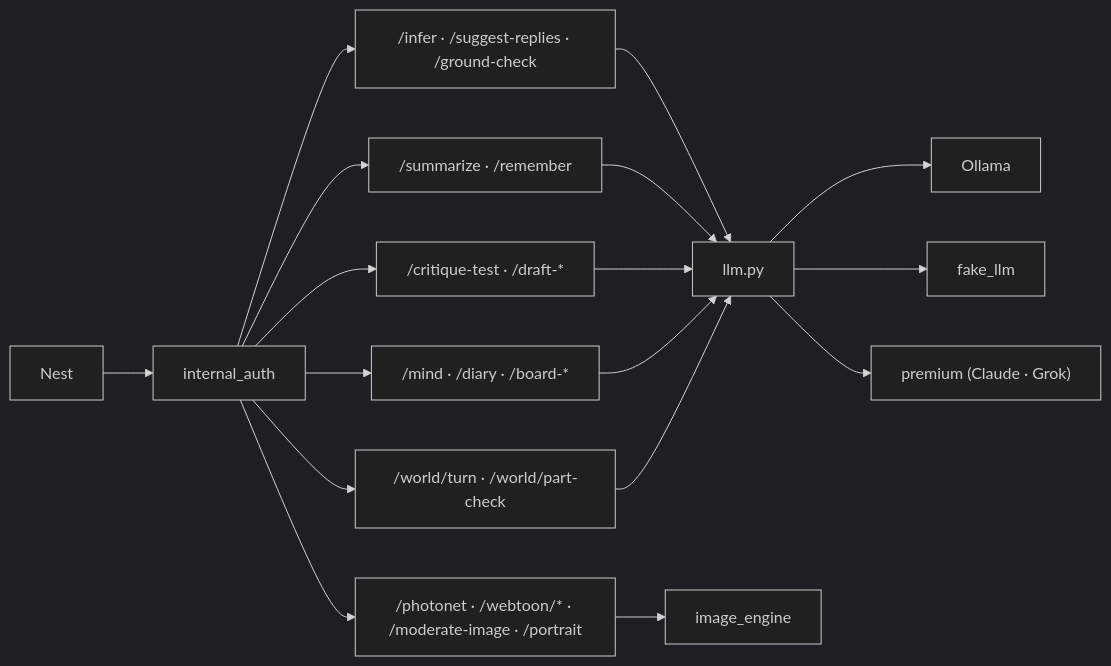
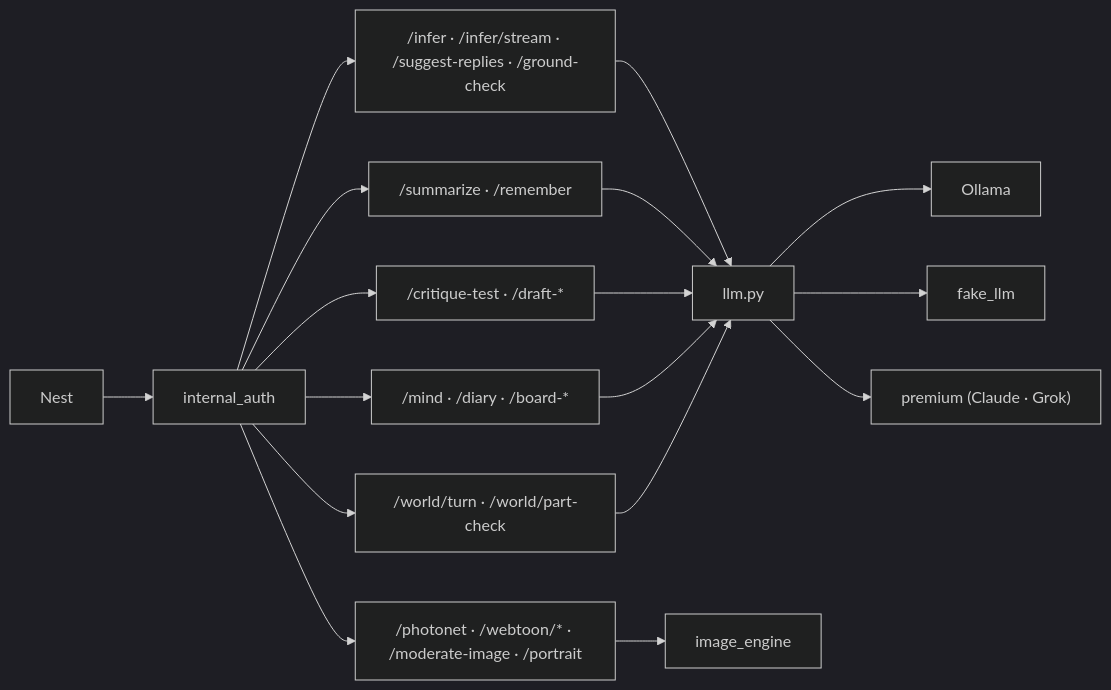
Before and after one commit to samam0234/CodiComperChat: the first of 4 diagrams in services/ai/README.md, drawn with Mermaid (dark theme). The commit also changed other lines of this file and 36 other files, not shown here.

````diff
--- a/services/ai/README.md
+++ b/services/ai/README.md
@@ -85,15 +85,15 @@
 ```mermaid
 flowchart LR
   N["Nest"] --> IA["internal_auth"]
-  IA --> R1["/infer · /suggest-replies · /ground-check"]
+  IA --> R1["/infer · /infer/stream · /suggest-replies · /ground-check"]
   IA --> R2["/summarize · /remember"]
   IA --> R3["/critique-test · /draft-*"]
   IA --> R4["/mind · /diary · /board-*"]
   IA --> R5["/photonet · /webtoon/* · /moderate-image · /portrait"]
   IA --> R6["/world/turn · /world/part-check"]
   R1 & R2 & R3 & R4 & R6 --> L["llm.py"]
   R5 --> IE["image_engine"]
   L --> O["Ollama"]
   L --> F["fake_llm"]
   L --> P["premium (Claude · Grok)"]
 ```
````
